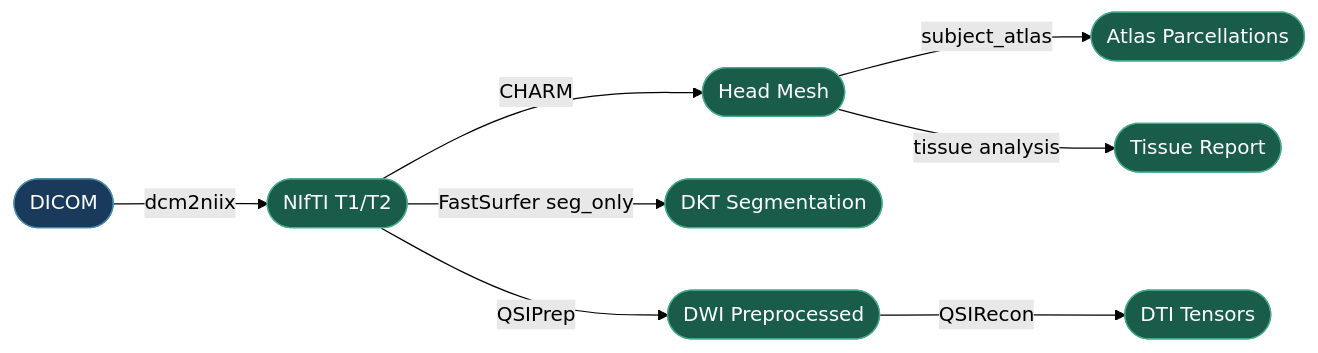
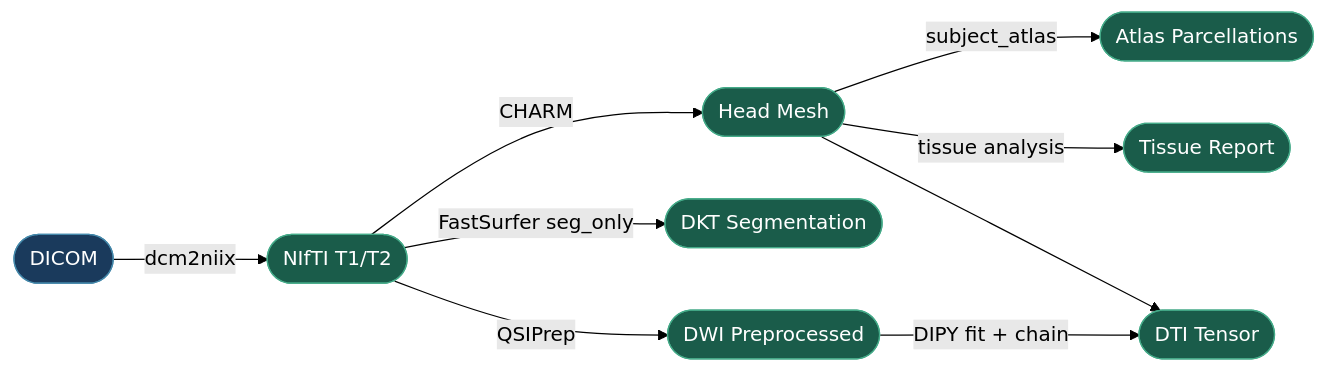
Before and after one commit to idossha/TI-Toolbox: the diagram in docs/api_mkdocs/docs/pipeline/preprocessing.md, drawn with Mermaid (forest theme). The commit also changed other lines of this file and 8 other files, not shown here.

First line of the commit message:
docs(dti): DTI is fitted from QSIPrep output, QSIRecon is optional, QSIPrep needs an x86-64 host

````diff
--- a/docs/api_mkdocs/docs/pipeline/preprocessing.md
+++ b/docs/api_mkdocs/docs/pipeline/preprocessing.md
@@ -5,18 +5,19 @@
 ```mermaid
 graph LR
     A([DICOM]) -->|dcm2niix| B([NIfTI T1/T2])
     B -->|CHARM| C([Head Mesh])
     C -->|subject_atlas| D([Atlas Parcellations])
     B -->|FastSurfer seg_only| E([DKT Segmentation])
     C -->|tissue analysis| F([Tissue Report])
     B -->|QSIPrep| G([DWI Preprocessed])
-    G -->|QSIRecon| H([DTI Tensors])
+    G -->|DIPY fit + chain| H([DTI Tensor])
+    C --> H
     style A fill:#1a3a5c,stroke:#48a,color:#fff
     style B fill:#1a5c4a,stroke:#4a8,color:#fff
     style C fill:#1a5c4a,stroke:#4a8,color:#fff
     style D fill:#1a5c4a,stroke:#4a8,color:#fff
     style E fill:#1a5c4a,stroke:#4a8,color:#fff
     style F fill:#1a5c4a,stroke:#4a8,color:#fff
     style G fill:#1a5c4a,stroke:#4a8,color:#fff
     style H fill:#1a5c4a,stroke:#4a8,color:#fff
 ```
````
